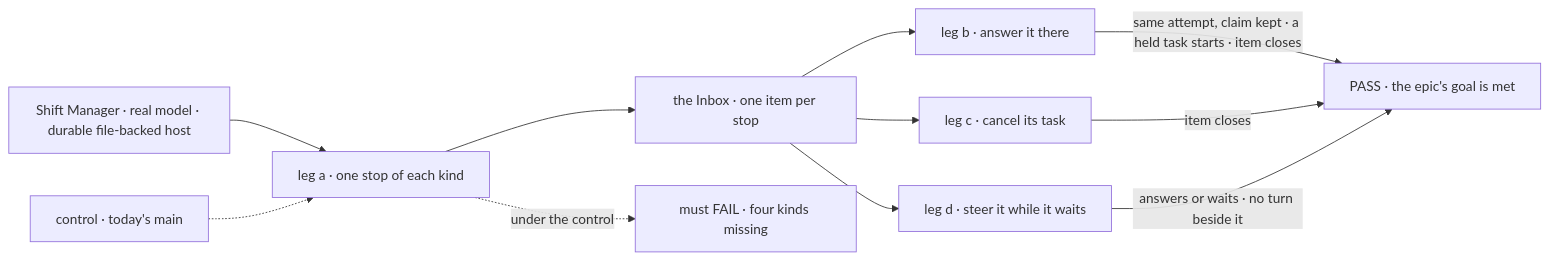
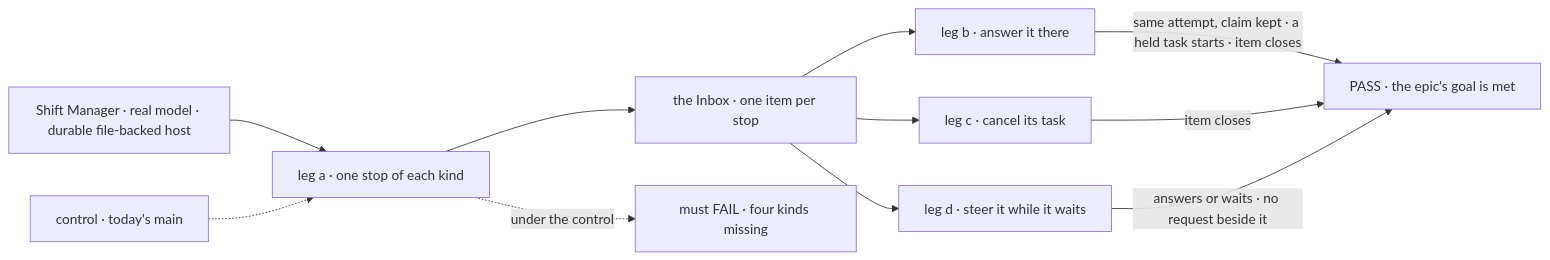
One commit to fixpoint-labs/flow-state-dev changed the first of 2 diagrams in specs/epics/FIX-2058/SPEC.md. Above: the diagram before and after it, drawn with Mermaid. The commit also changed other lines of this file and 4 other files, not shown here.

````diff
--- a/specs/epics/FIX-2058/SPEC.md
+++ b/specs/epics/FIX-2058/SPEC.md
@@ -36,13 +36,13 @@
 ```mermaid
 flowchart LR
   A["Shift Manager · real model · durable file-backed host"] --> L1["leg a · one stop of each kind"]
   L1 --> I["the Inbox · one item per stop"]
   I --> L2["leg b · answer it there"]
   I --> L3["leg c · cancel its task"]
   I --> L4["leg d · steer it while it waits"]
   L2 -->|"same attempt, claim kept · a held task starts · item closes"| P["PASS · the epic's goal is met"]
   L3 -->|"item closes"| P
-  L4 -->|"answers or waits · no turn beside it"| P
+  L4 -->|"answers or waits · no request beside it"| P
   C["control · today's main"] -.-> L1
   L1 -.->|"under the control"| F["must FAIL · four kinds missing"]
 ```
````
